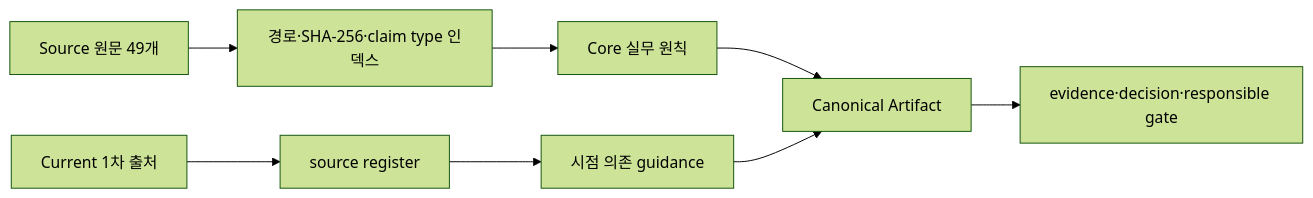
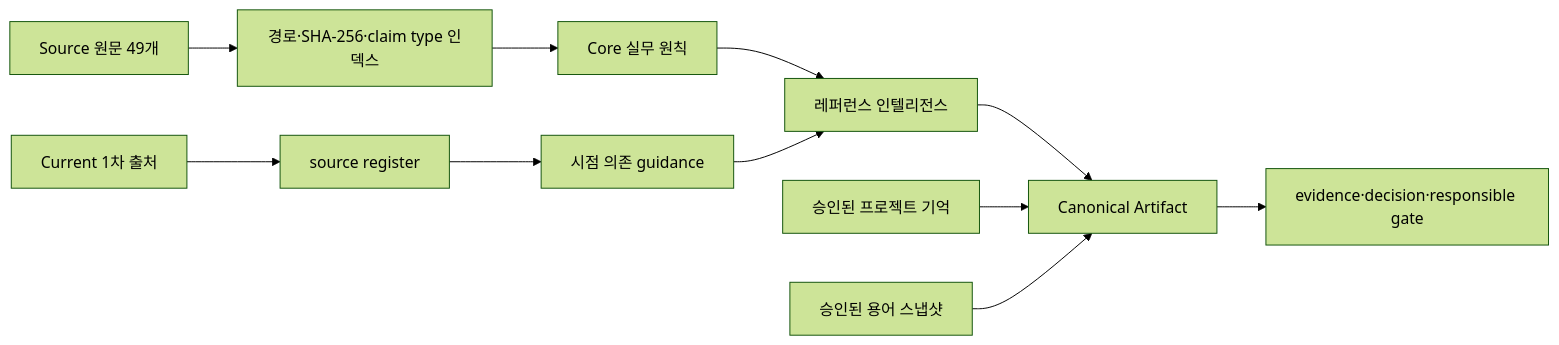
The diagram in architecture/knowledge-and-evidence.md (freelife1191/gamedesign-plugin), drawn with Mermaid (forest theme) before and after one commit. The commit also changed other lines of this file and 129 other files, not shown here.

````diff
--- a/architecture/knowledge-and-evidence.md
+++ b/architecture/knowledge-and-evidence.md
@@ -7,10 +7,13 @@
 ```mermaid
 flowchart LR
     S[Source 원문 49개] --> I[경로·SHA-256·claim type 인덱스]
     I --> C[Core 실무 원칙]
     E[Current 1차 출처] --> R[source register]
     R --> T[시점 의존 guidance]
-    C --> A[Canonical Artifact]
-    T --> A
+    C --> RI[레퍼런스 인텔리전스]
+    T --> RI
+    RI --> A[Canonical Artifact]
+    M[승인된 프로젝트 기억] --> A
+    G[승인된 용어 스냅샷] --> A
     A --> V[evidence·decision·responsible gate]
 ```
````
